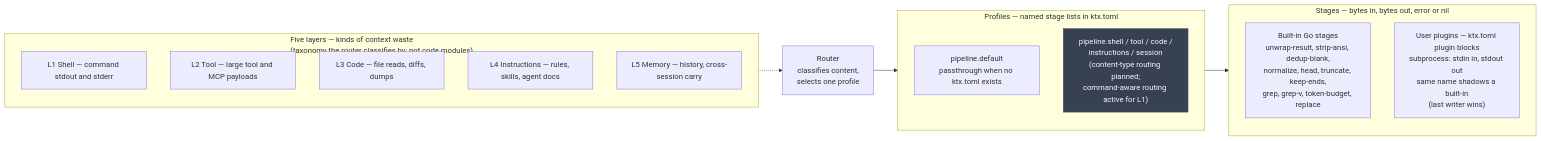
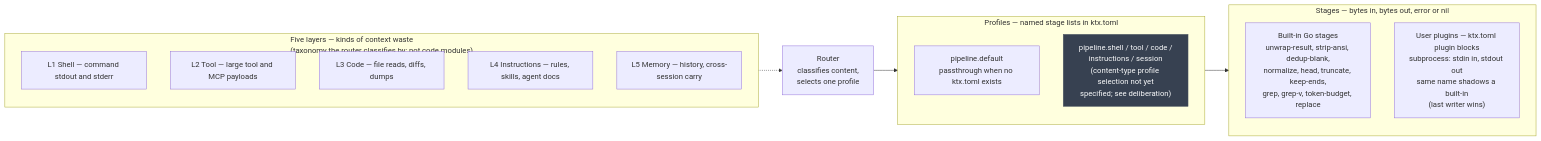
One commit to jgabor/ktx changed the second of 2 diagrams in ARCHITECTURE.md. Above: the diagram before and after it, drawn with Mermaid. The commit also changed other lines of this file and 3 other files, not shown here.

````diff
--- a/ARCHITECTURE.md
+++ b/ARCHITECTURE.md
@@ -88,29 +88,29 @@
 ```mermaid
 flowchart LR
   subgraph layers["Five layers — kinds of context waste<br/>(taxonomy the router classifies by; not code modules)"]
     L1["L1 Shell — command stdout and stderr"]
     L2["L2 Tool — large tool and MCP payloads"]
     L3["L3 Code — file reads, diffs, dumps"]
     L4["L4 Instructions — rules, skills, agent docs"]
     L5["L5 Memory — history, cross-session carry"]
   end
 
   C["Router<br/>classifies content,<br/>selects one profile"]
 
   subgraph profiles["Profiles — named stage lists in ktx.toml"]
     P0["pipeline.default<br/>passthrough when no ktx.toml exists"]
-    PX["pipeline.shell / tool / code /<br/>instructions / session<br/>(content-type routing planned;<br/>command-aware routing active for L1)"]
+    PX["pipeline.shell / tool / code /<br/>instructions / session<br/>(content-type profile selection not yet<br/>specified; see deliberation)"]
   end
 
   subgraph stages["Stages — bytes in, bytes out, error or nil"]
     B["Built-in Go stages<br/>unwrap-result, strip-ansi, dedup-blank,<br/>normalize, head, truncate, keep-ends,<br/>grep, grep-v, token-budget, replace"]
     U["User plugins — ktx.toml plugin blocks<br/>subprocess: stdin in, stdout out<br/>same name shadows a built-in<br/>(last writer wins)"]
   end
 
   layers -.-> C
   C --> profiles
   profiles --> stages
 
-  classDef planned fill:#374151,color:#f9fafb,stroke:#4b5563
-  class PX planned
+  classDef unspecified fill:#374151,color:#f9fafb,stroke:#4b5563
+  class PX unspecified
 ```
````
